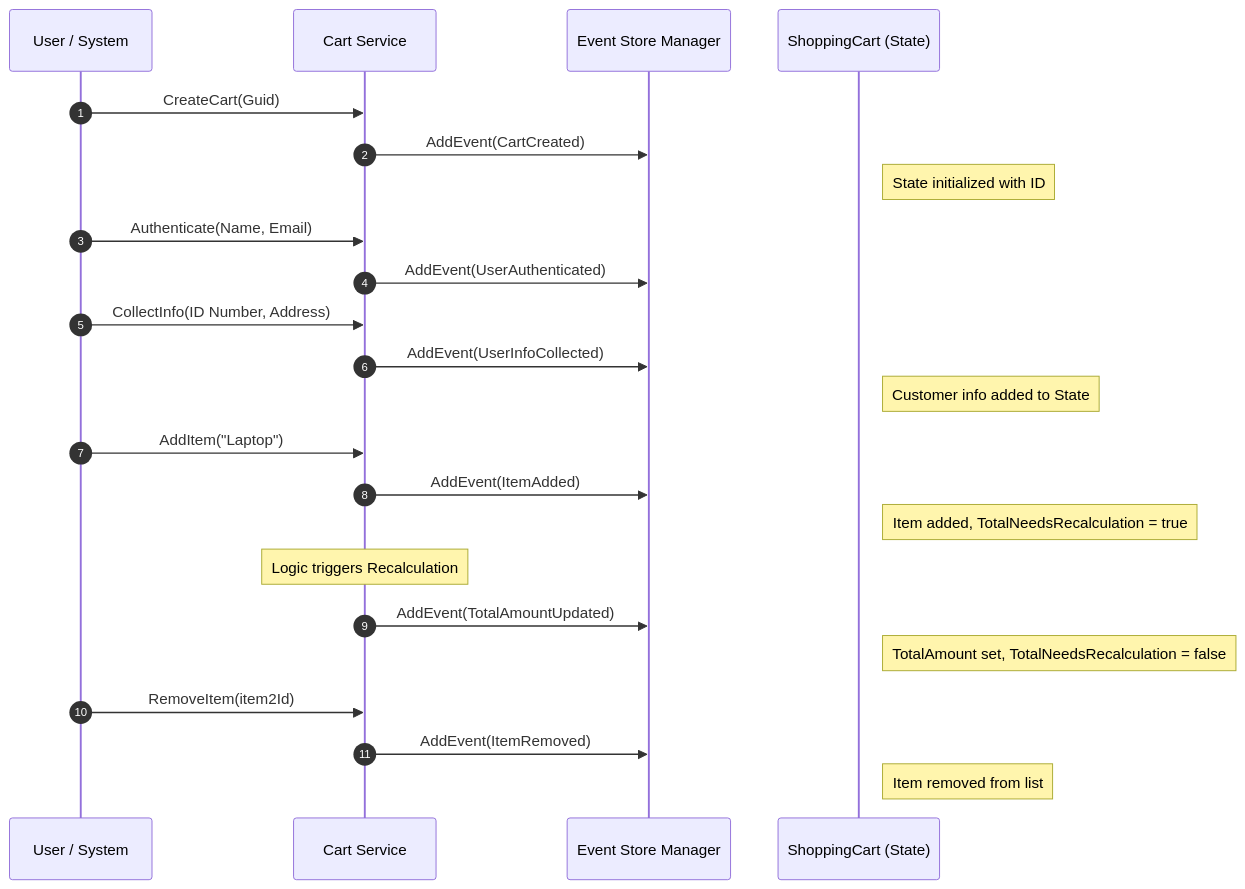
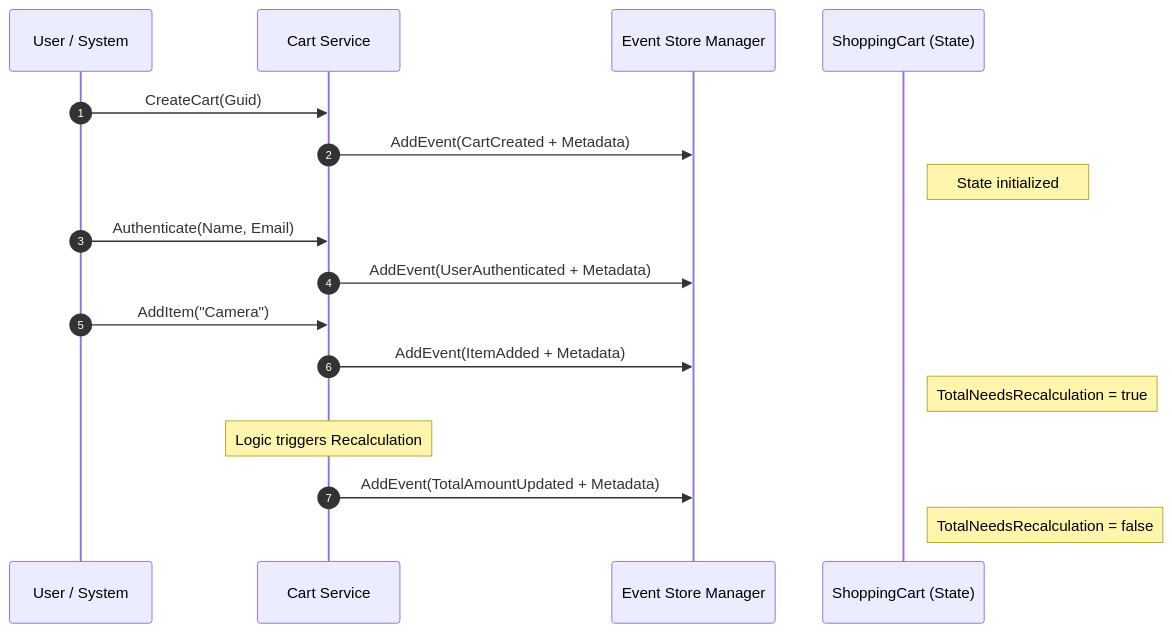
The diagram in src/PoC1.BasicEventSourcing/README.md (victorcassel/SyncSourcing.Core), drawn with Mermaid before and after one commit. The commit also changed other lines of this file and 2 other files, not shown here.

Commit message:
feat: finalize PoC 1 foundation with metadata and lean domain logic

````diff
--- a/src/PoC1.BasicEventSourcing/README.md
+++ b/src/PoC1.BasicEventSourcing/README.md
@@ -27,31 +25,23 @@
 ```mermaid
 sequenceDiagram
     autonumber
     participant U as User / System
     participant S as Cart Service
     participant M as Event Store Manager
     participant St as ShoppingCart (State)
 
     U->>S: CreateCart(Guid)
-    S->>M: AddEvent(CartCreated)
-    Note right of St: State initialized with ID
+    S->>M: AddEvent(CartCreated + Metadata)
+    Note right of St: State initialized
 
     U->>S: Authenticate(Name, Email)
-    S->>M: AddEvent(UserAuthenticated)
+    S->>M: AddEvent(UserAuthenticated + Metadata)
     
-    U->>S: CollectInfo(ID Number, Address)
-    S->>M: AddEvent(UserInfoCollected)
-    Note right of St: Customer info added to State
-
-    U->>S: AddItem("Laptop")
-    S->>M: AddEvent(ItemAdded)
-    Note right of St: Item added, TotalNeedsRecalculation = true
+    U->>S: AddItem("Camera")
+    S->>M: AddEvent(ItemAdded + Metadata)
+    Note right of St: TotalNeedsRecalculation = true
     
     Note over S: Logic triggers Recalculation
-    S->>M: AddEvent(TotalAmountUpdated)
-    Note right of St: TotalAmount set, TotalNeedsRecalculation = false
-
-    U->>S: RemoveItem(item2Id)
-    S->>M: AddEvent(ItemRemoved)
-    Note right of St: Item removed from list
+    S->>M: AddEvent(TotalAmountUpdated + Metadata)
+    Note right of St: TotalNeedsRecalculation = false
 ```
````
